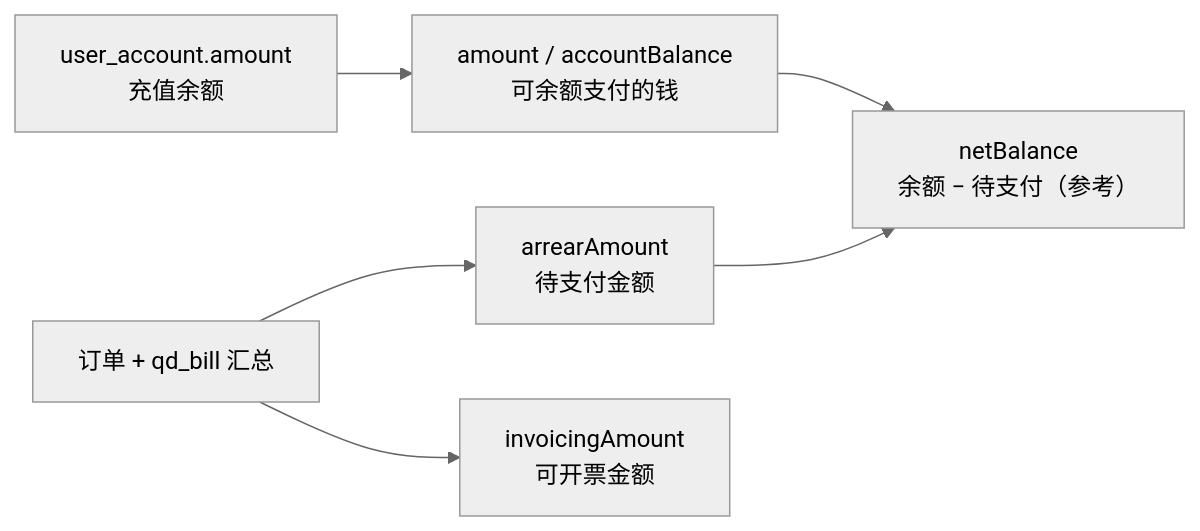
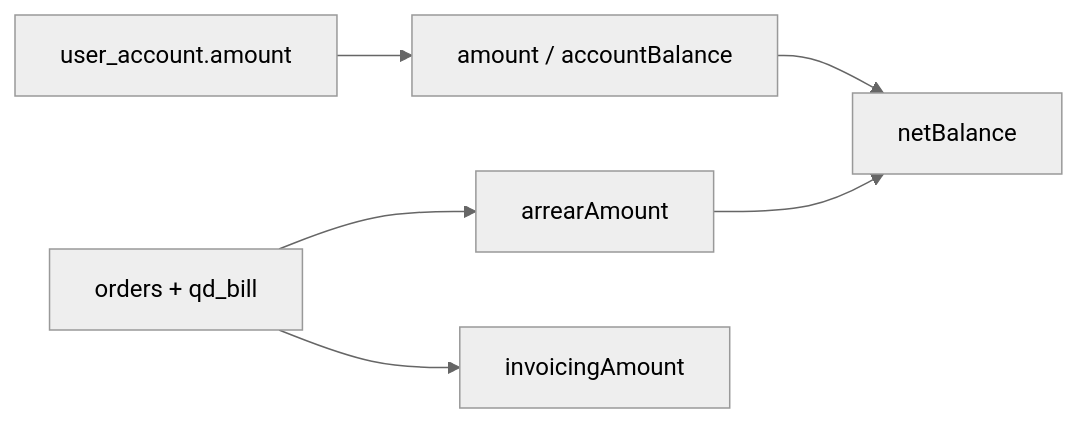
One commit to TZTANG97/utoo-pydjango changed the sixth of 6 diagrams in README.md. Above: the diagram before and after it, drawn with Mermaid (neutral theme). The commit also changed other lines of this file, not shown here.

Commit message:
docs: use GitLab-compatible Mermaid graph syntax in README.

````diff
--- a/README.md
+++ b/README.md
@@ -290,8 +281,8 @@
 ```mermaid
-flowchart LR
-  UA["user_account.amount<br/>充值余额"] --> Amount["amount / accountBalance<br/>可余额支付的钱"]
-  Orders["订单 + qd_bill 汇总"] --> Arrear["arrearAmount<br/>待支付金额"]
-  Orders --> Invoice["invoicingAmount<br/>可开票金额"]
-  Amount --> Net["netBalance<br/>余额 − 待支付（参考）"]
+graph LR
+  UA[user_account.amount] --> Amount[amount / accountBalance]
+  Orders[orders + qd_bill] --> Arrear[arrearAmount]
+  Orders --> Invoice[invoicingAmount]
+  Amount --> Net[netBalance]
   Arrear --> Net
 ```
````
